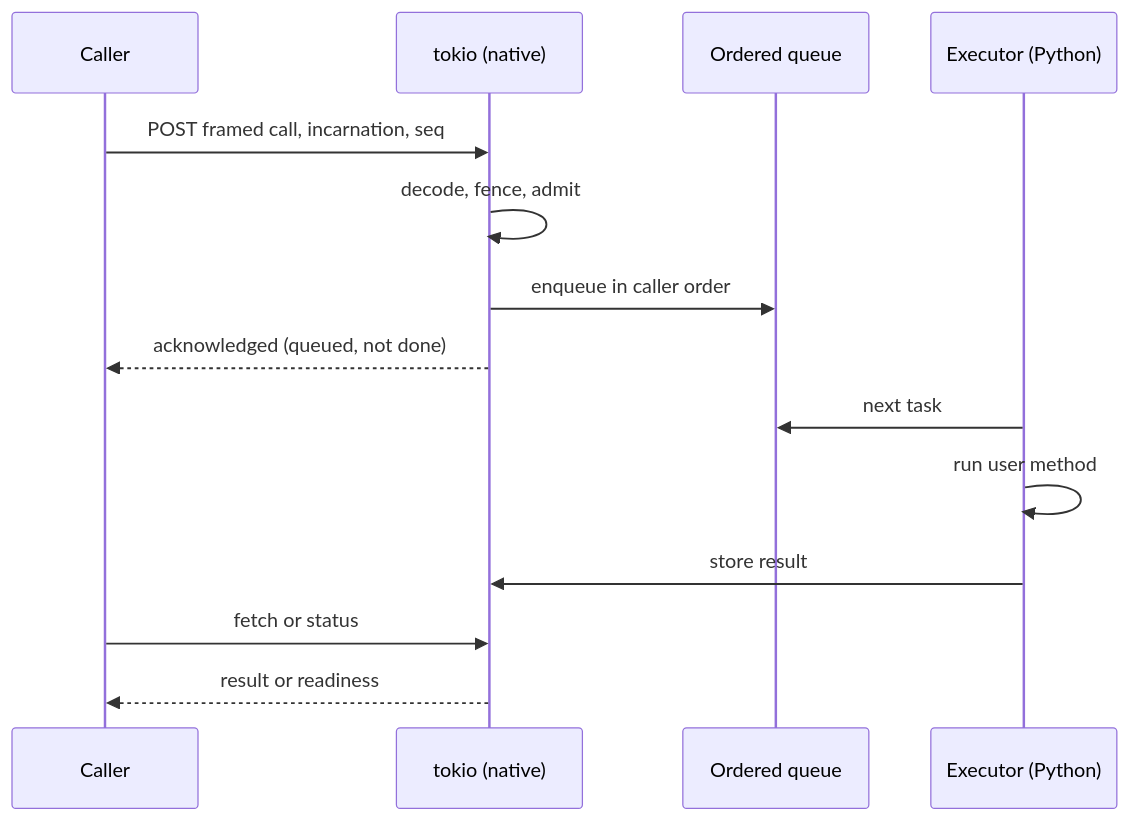
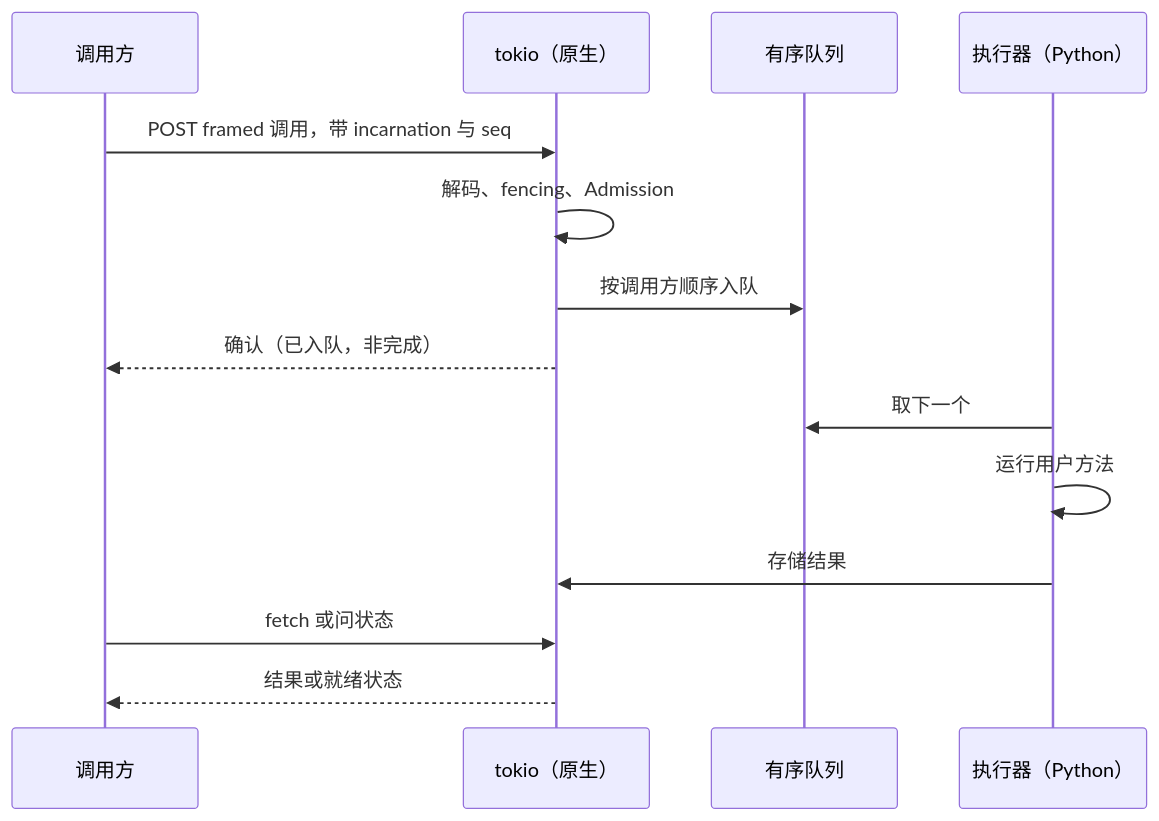
The second of 2 diagrams in docs/03-modules/07-transport.md (HSPK/tinyray), drawn with Mermaid before and after one commit. The commit also changed other lines of this file and 33 other files, not shown here.

````diff
--- a/docs/03-modules/07-transport.md
+++ b/docs/03-modules/07-transport.md
@@ -86,17 +80,17 @@
 ```mermaid
 sequenceDiagram
-    participant C as Caller
-    participant T as tokio (native)
-    participant Q as Ordered queue
-    participant E as Executor (Python)
+    participant C as 调用方
+    participant T as tokio（原生）
+    participant Q as 有序队列
+    participant E as 执行器（Python）
 
-    C->>T: POST framed call, incarnation, seq
-    T->>T: decode, fence, admit
-    T->>Q: enqueue in caller order
-    T-->>C: acknowledged (queued, not done)
-    E->>Q: next task
-    E->>E: run user method
-    E->>T: store result
-    C->>T: fetch or status
-    T-->>C: result or readiness
+    C->>T: POST framed 调用，带 incarnation 与 seq
+    T->>T: 解码、fencing、Admission
+    T->>Q: 按调用方顺序入队
+    T-->>C: 确认（已入队，非完成）
+    E->>Q: 取下一个
+    E->>E: 运行用户方法
+    E->>T: 存储结果
+    C->>T: fetch 或问状态
+    T-->>C: 结果或就绪状态
 ```
````
